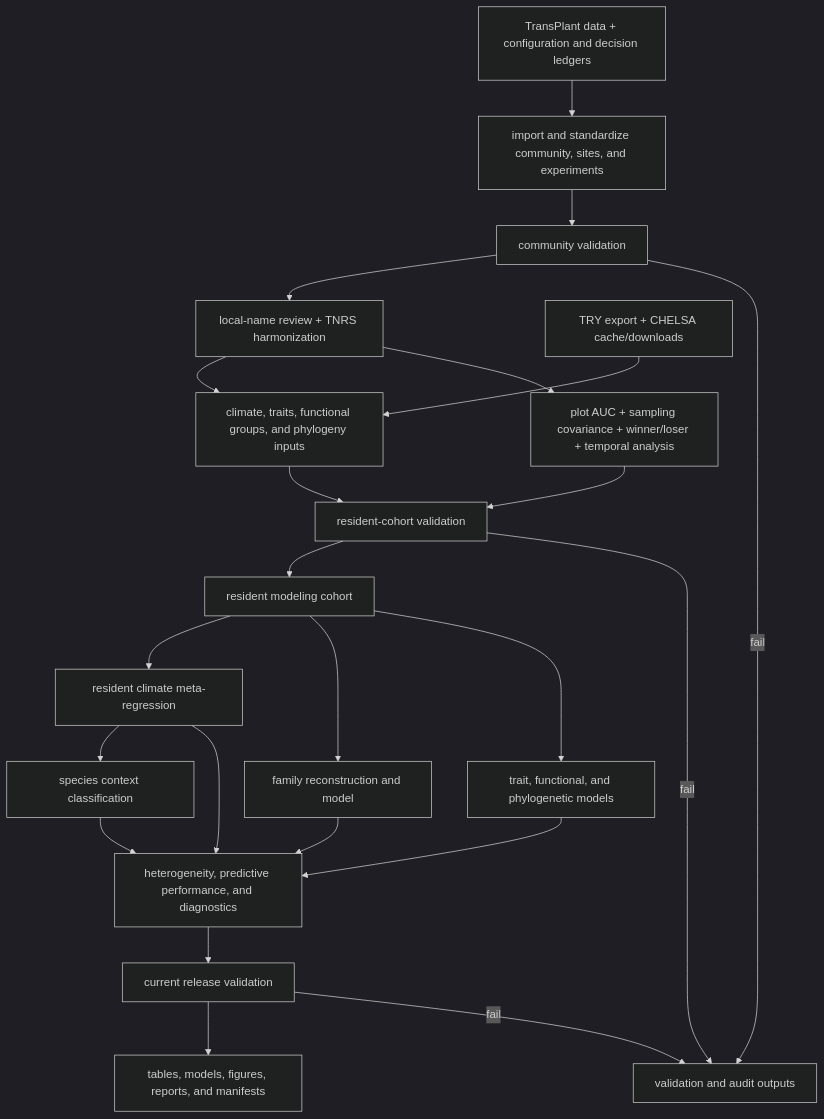
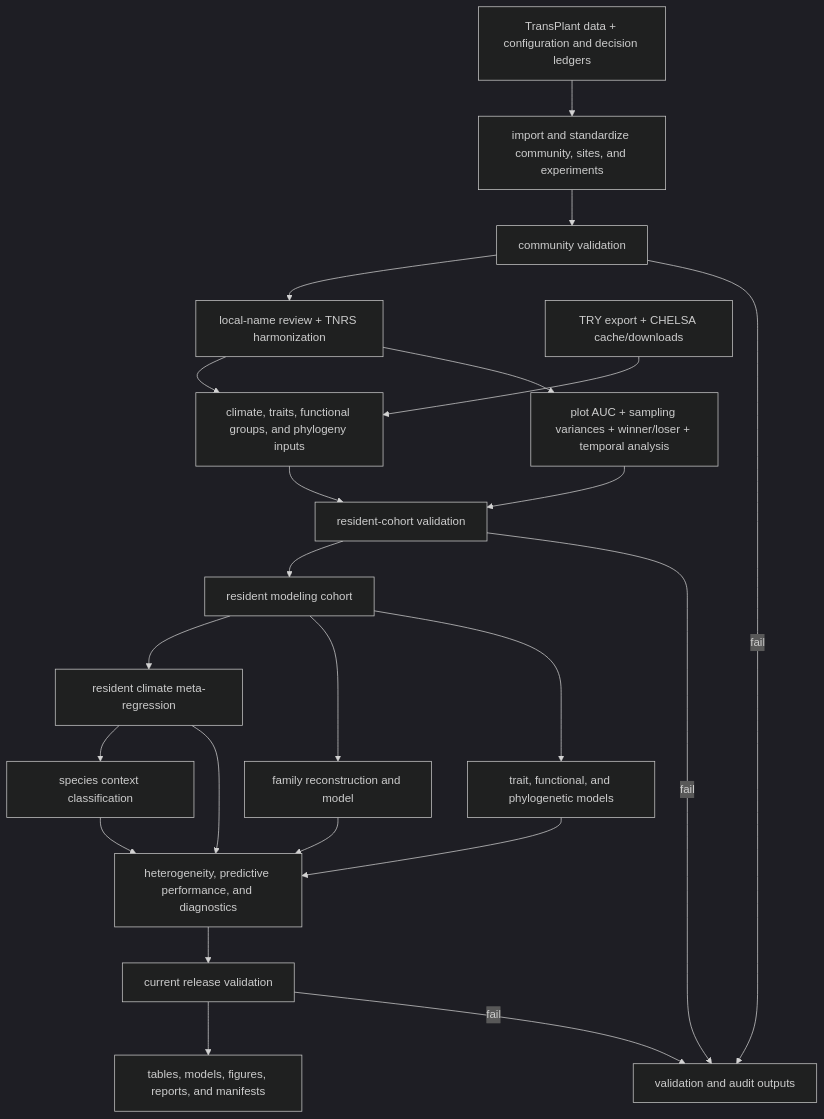
The diagram in WORKFLOW_README.md (billurbektas/TransPlant_winners_losers), drawn with Mermaid (dark theme) before and after one commit. The commit also changed other lines of this file and 30 other files, not shown here.

Commit message:
Use diagonal sampling variances and direct predictor comparisons

````diff
--- a/WORKFLOW_README.md
+++ b/WORKFLOW_README.md
@@ -10,31 +10,31 @@
 ```mermaid
 flowchart TD
   source["TransPlant data + configuration and decision ledgers"] --> community["import and standardize community, sites, and experiments"]
   community --> dataGate["community validation"]
   dataGate --> taxonomy["local-name review + TNRS harmonization"]
 
   external["TRY export + CHELSA cache/downloads"] --> covariates["climate, traits, functional groups, and phylogeny inputs"]
   taxonomy --> covariates
-  taxonomy --> responses["plot AUC + sampling covariance + winner/loser + temporal analysis"]
+  taxonomy --> responses["plot AUC + sampling variances + winner/loser + temporal analysis"]
 
   covariates --> cohortGate["resident-cohort validation"]
   responses --> cohortGate
   cohortGate --> cohort["resident modeling cohort"]
 
   cohort --> climateModel["resident climate meta-regression"]
   cohort --> familyModel["family reconstruction and model"]
   cohort --> predictorModels["trait, functional, and phylogenetic models"]
   climateModel --> speciesContext["species context classification"]
 
   climateModel --> synthesis["heterogeneity, predictive performance, and diagnostics"]
   familyModel --> synthesis
   predictorModels --> synthesis
   speciesContext --> synthesis
 
   synthesis --> releaseGate["current release validation"]
   releaseGate --> release["tables, models, figures, reports, and manifests"]
 
   dataGate -->|fail| audits["validation and audit outputs"]
   cohortGate -->|fail| audits
   releaseGate -->|fail| audits
 ```
````
